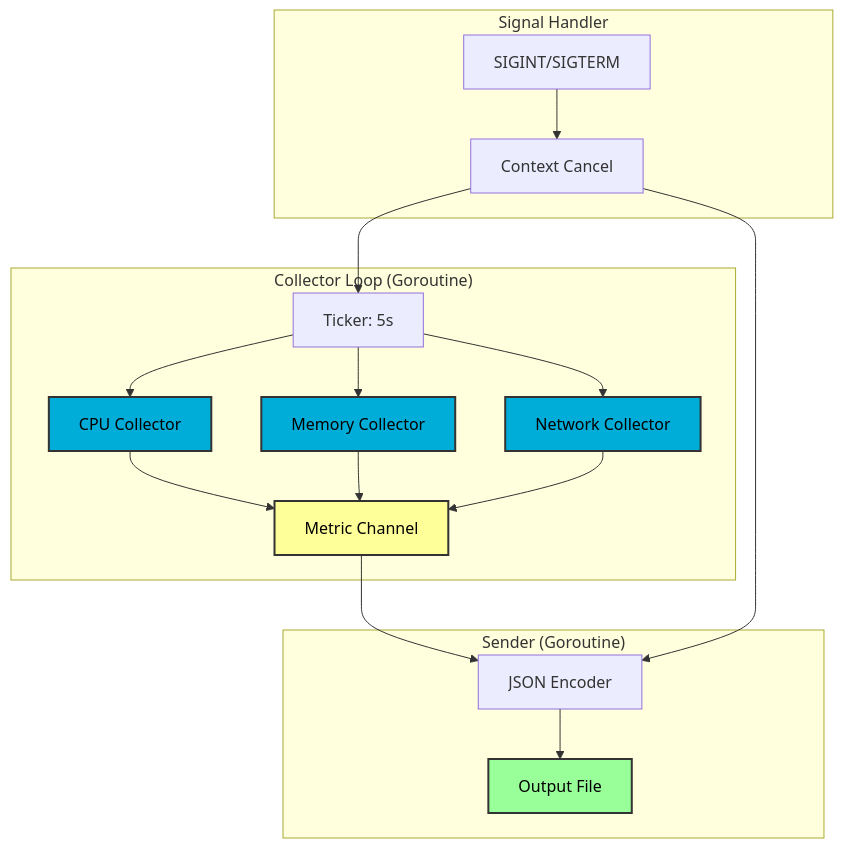
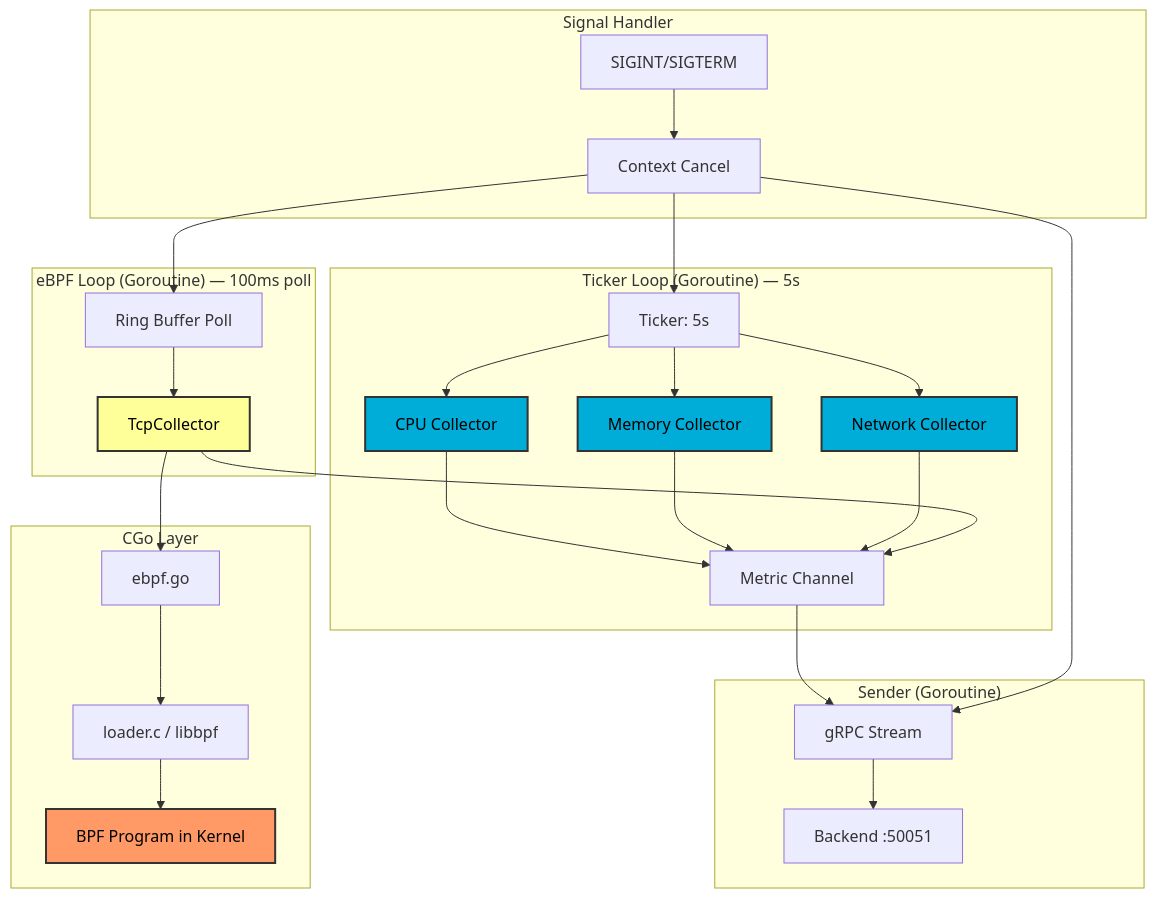
The diagram in agent/README.md (Yahia995/edge-telemetry), drawn with Mermaid before and after one commit. The commit also changed other lines of this file and 2 other files, not shown here.

````diff
--- a/agent/README.md
+++ b/agent/README.md
@@ -44,28 +49,40 @@
 ```mermaid
 graph TD
-    subgraph "Collector Loop (Goroutine)"
+    subgraph "Ticker Loop (Goroutine) — 5s"
         A[Ticker: 5s] --> B[CPU Collector]
         A --> C[Memory Collector]
         A --> D[Network Collector]
         B --> E[Metric Channel]
         C --> E
         D --> E
     end
-    
+
+    subgraph "eBPF Loop (Goroutine) — 100ms poll"
+        F[Ring Buffer Poll] --> G[TcpCollector]
+        G --> E
+    end
+
+    subgraph "CGo Layer"
+        G --> H[ebpf.go]
+        H --> I[loader.c / libbpf]
+        I --> J[BPF Program in Kernel]
+    end
+
     subgraph "Sender (Goroutine)"
-        E --> F[JSON Encoder]
-        F --> G[Output File]
+        E --> K[gRPC Stream]
+        K --> L[Backend :50051]
     end
-    
+
     subgraph "Signal Handler"
-        H[SIGINT/SIGTERM] --> I[Context Cancel]
-        I --> A
-        I --> F
+        M[SIGINT/SIGTERM] --> N[Context Cancel]
+        N --> A
+        N --> F
+        N --> K
     end
-    
+
     style B fill:#00ADD8,stroke:#333,stroke-width:2px,color:#000
     style C fill:#00ADD8,stroke:#333,stroke-width:2px,color:#000
     style D fill:#00ADD8,stroke:#333,stroke-width:2px,color:#000
-    style E fill:#ff9,stroke:#333,stroke-width:2px,color:#000
-    style G fill:#9f9,stroke:#333,stroke-width:2px,color:#000
+    style G fill:#ff9,stroke:#333,stroke-width:2px,color:#000
+    style J fill:#f96,stroke:#333,stroke-width:2px,color:#000
 ```
````
